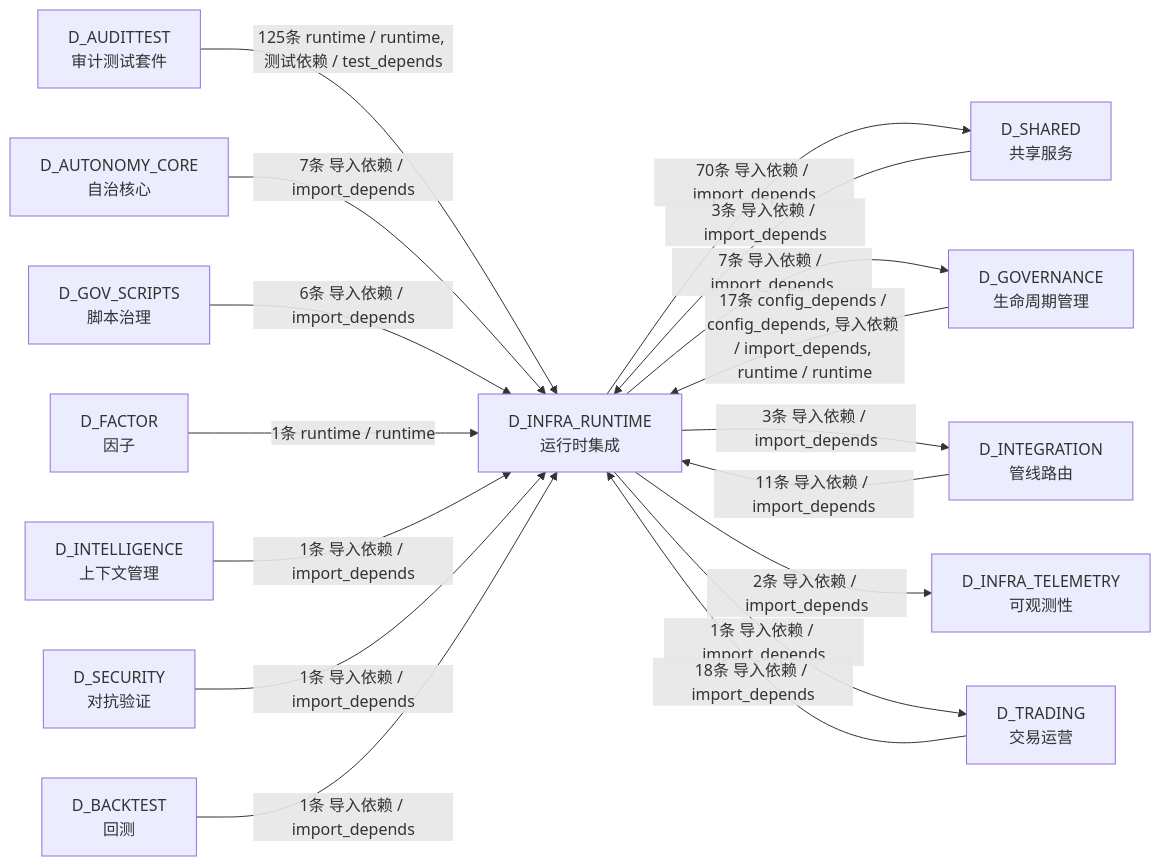
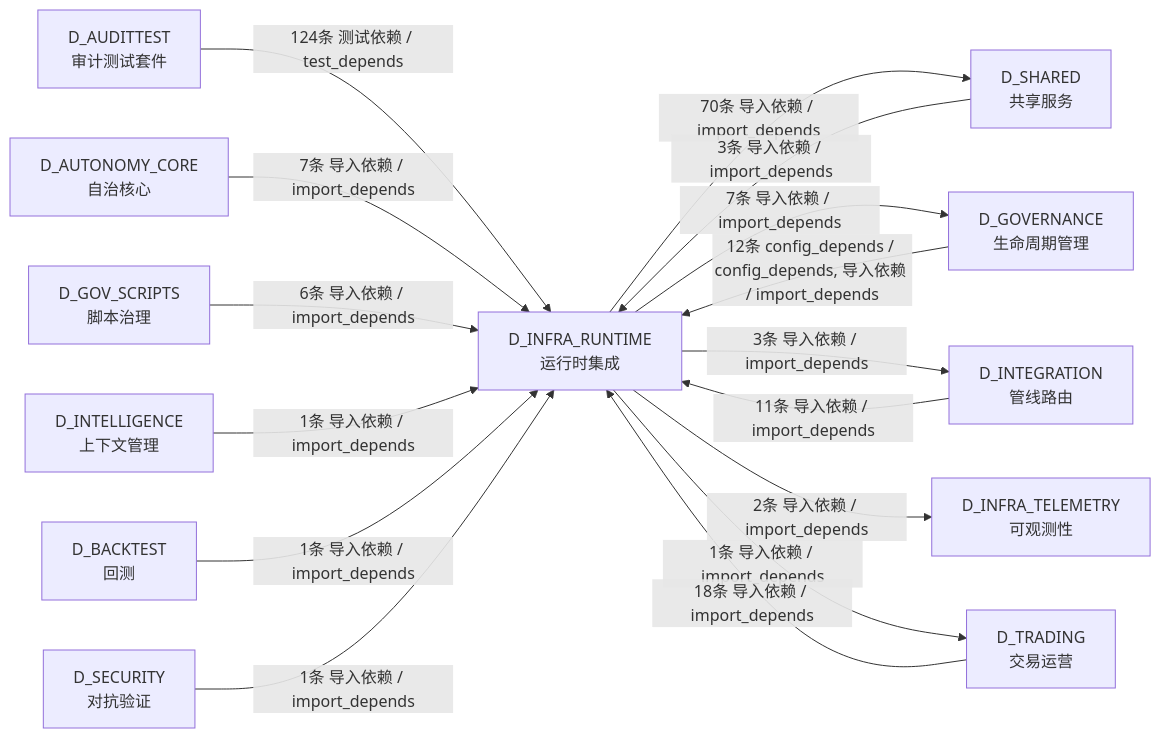
One commit to xuanFelixVan/ZephyrAlpha changed the eighth of 8 diagrams in docs/02_enterprise_architecture/02_domain_architecture_docs/04_d_infra_runtime.md. Above: the diagram before and after it, drawn with Mermaid. The commit also changed other lines of this file and 100 other files, not shown here.

````diff
--- a/docs/02_enterprise_architecture/02_domain_architecture_docs/04_d_infra_runtime.md
+++ b/docs/02_enterprise_architecture/02_domain_architecture_docs/04_d_infra_runtime.md
@@ -1263,32 +1252,30 @@
 ```mermaid
 graph LR
     D_INFRA_RUNTIME["D_INFRA_RUNTIME<br/>运行时集成"]
     D_SHARED["D_SHARED<br/>共享服务"]
     D_GOVERNANCE["D_GOVERNANCE<br/>生命周期管理"]
     D_INTEGRATION["D_INTEGRATION<br/>管线路由"]
     D_INFRA_TELEMETRY["D_INFRA_TELEMETRY<br/>可观测性"]
     D_TRADING["D_TRADING<br/>交易运营"]
     D_AUDITTEST["D_AUDITTEST<br/>审计测试套件"]
     D_AUTONOMY_CORE["D_AUTONOMY_CORE<br/>自治核心"]
     D_GOV_SCRIPTS["D_GOV_SCRIPTS<br/>脚本治理"]
-    D_FACTOR["D_FACTOR<br/>因子"]
     D_INTELLIGENCE["D_INTELLIGENCE<br/>上下文管理"]
+    D_BACKTEST["D_BACKTEST<br/>回测"]
     D_SECURITY["D_SECURITY<br/>对抗验证"]
-    D_BACKTEST["D_BACKTEST<br/>回测"]
     D_INFRA_RUNTIME -->|70条 导入依赖 / import_depends| D_SHARED
     D_INFRA_RUNTIME -->|7条 导入依赖 / import_depends| D_GOVERNANCE
     D_INFRA_RUNTIME -->|3条 导入依赖 / import_depends| D_INTEGRATION
     D_INFRA_RUNTIME -->|2条 导入依赖 / import_depends| D_INFRA_TELEMETRY
     D_INFRA_RUNTIME -->|1条 导入依赖 / import_depends| D_TRADING
-    D_AUDITTEST -->|125条 runtime / runtime, 测试依赖 / test_depends| D_INFRA_RUNTIME
+    D_AUDITTEST -->|124条 测试依赖 / test_depends| D_INFRA_RUNTIME
     D_TRADING -->|18条 导入依赖 / import_depends| D_INFRA_RUNTIME
-    D_GOVERNANCE -->|17条 config_depends / config_depends, 导入依赖 / import_depends, runtime / runtime| D_INFRA_RUNTIME
+    D_GOVERNANCE -->|12条 config_depends / config_depends, 导入依赖 / import_depends| D_INFRA_RUNTIME
     D_INTEGRATION -->|11条 导入依赖 / import_depends| D_INFRA_RUNTIME
     D_AUTONOMY_CORE -->|7条 导入依赖 / import_depends| D_INFRA_RUNTIME
     D_GOV_SCRIPTS -->|6条 导入依赖 / import_depends| D_INFRA_RUNTIME
     D_SHARED -->|3条 导入依赖 / import_depends| D_INFRA_RUNTIME
-    D_FACTOR -->|1条 runtime / runtime| D_INFRA_RUNTIME
     D_INTELLIGENCE -->|1条 导入依赖 / import_depends| D_INFRA_RUNTIME
+    D_BACKTEST -->|1条 导入依赖 / import_depends| D_INFRA_RUNTIME
     D_SECURITY -->|1条 导入依赖 / import_depends| D_INFRA_RUNTIME
-    D_BACKTEST -->|1条 导入依赖 / import_depends| D_INFRA_RUNTIME
 ```
````
